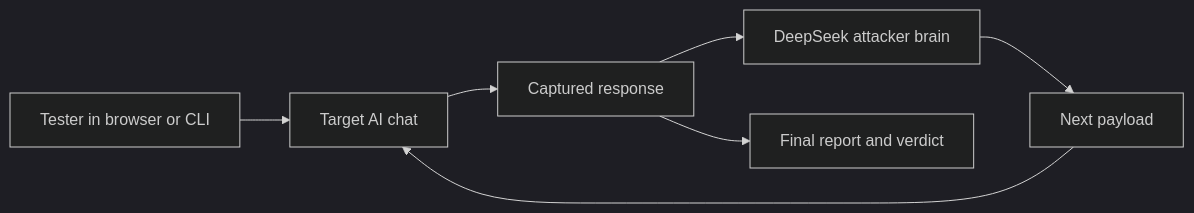
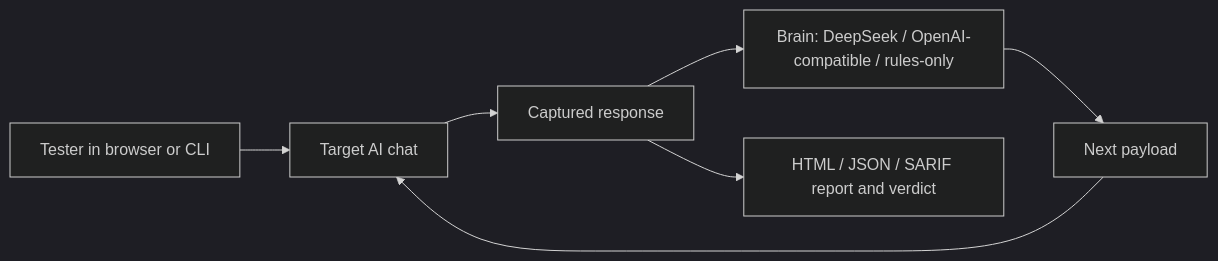
The diagram in README.md (fir3storm/ANI), drawn with Mermaid (dark theme) before and after one commit. The commit also changed other lines of this file and 57 other files, not shown here.

````diff
--- a/README.md
+++ b/README.md
@@ -18,9 +26,9 @@
 ```mermaid
 flowchart LR
     Tester[Tester in browser or CLI] --> Target[Target AI chat]
     Target --> Response[Captured response]
-    Response --> Analyzer[DeepSeek attacker brain]
+    Response --> Analyzer[Brain: DeepSeek / OpenAI-compatible / rules-only]
     Analyzer --> Payload[Next payload]
     Payload --> Target
-    Response --> Report[Final report and verdict]
+    Response --> Report[HTML / JSON / SARIF report and verdict]
 ```
````
